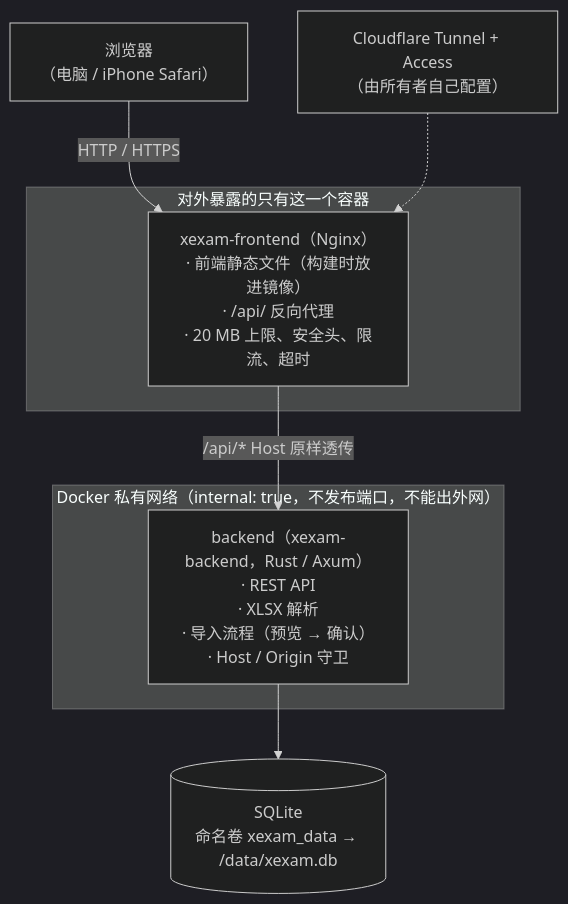
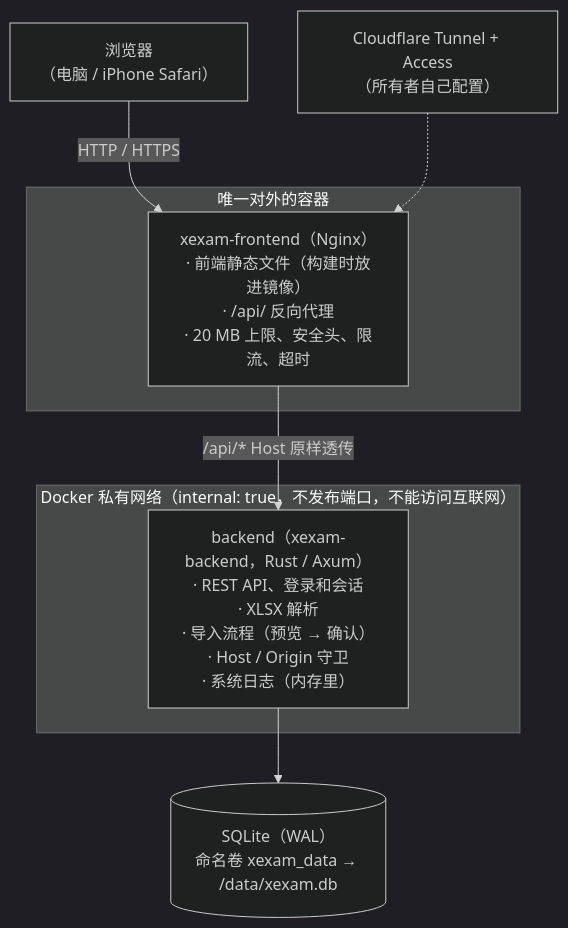
One commit to Yumin-Space/xexam changed the first of 5 diagrams in docs/zh-CN/architecture.md. Above: the diagram before and after it, drawn with Mermaid (dark theme). The commit also changed other lines of this file and 295 other files, not shown here.

````diff
--- a/docs/zh-CN/architecture.md
+++ b/docs/zh-CN/architecture.md
@@ -10,13 +10,13 @@
 ```mermaid
 flowchart TB
     U["浏览器<br/>（电脑 / iPhone Safari）"] -->|"HTTP / HTTPS"| N
-    subgraph pub["对外暴露的只有这一个容器"]
+    subgraph pub["唯一对外的容器"]
         N["xexam-frontend（Nginx）<br/>· 前端静态文件（构建时放进镜像）<br/>· /api/ 反向代理<br/>· 20 MB 上限、安全头、限流、超时"]
     end
-    subgraph priv["Docker 私有网络（internal: true，不发布端口，不能出外网）"]
-        B["backend（xexam-backend，Rust / Axum）<br/>· REST API<br/>· XLSX 解析<br/>· 导入流程（预览 → 确认）<br/>· Host / Origin 守卫"]
+    subgraph priv["Docker 私有网络（internal: true，不发布端口，不能访问互联网）"]
+        B["backend（xexam-backend，Rust / Axum）<br/>· REST API、登录和会话<br/>· XLSX 解析<br/>· 导入流程（预览 → 确认）<br/>· Host / Origin 守卫<br/>· 系统日志（内存里）"]
     end
     N -->|"/api/*  Host 原样透传"| B
-    B --> D[("SQLite<br/>命名卷 xexam_data → /data/xexam.db")]
-    CF["Cloudflare Tunnel + Access<br/>（由所有者自己配置）"] -.-> N
+    B --> D[("SQLite（WAL）<br/>命名卷 xexam_data → /data/xexam.db")]
+    CF["Cloudflare Tunnel + Access<br/>（所有者自己配置）"] -.-> N
 ```
````
